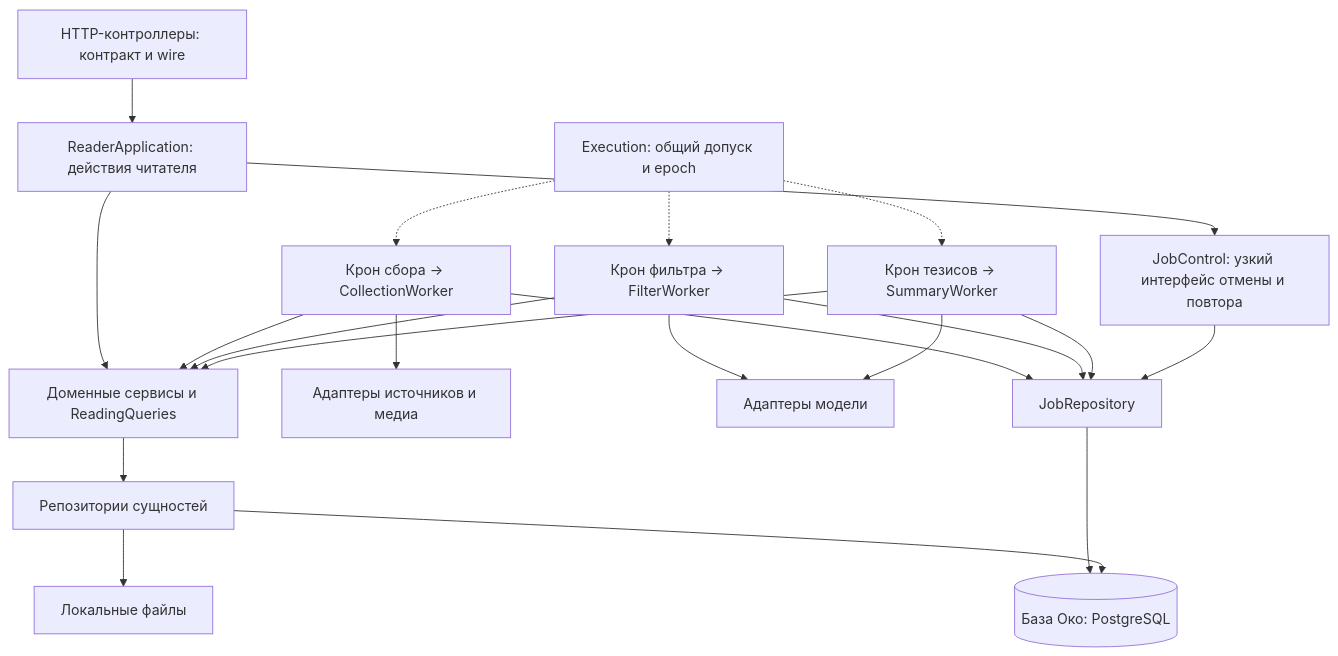
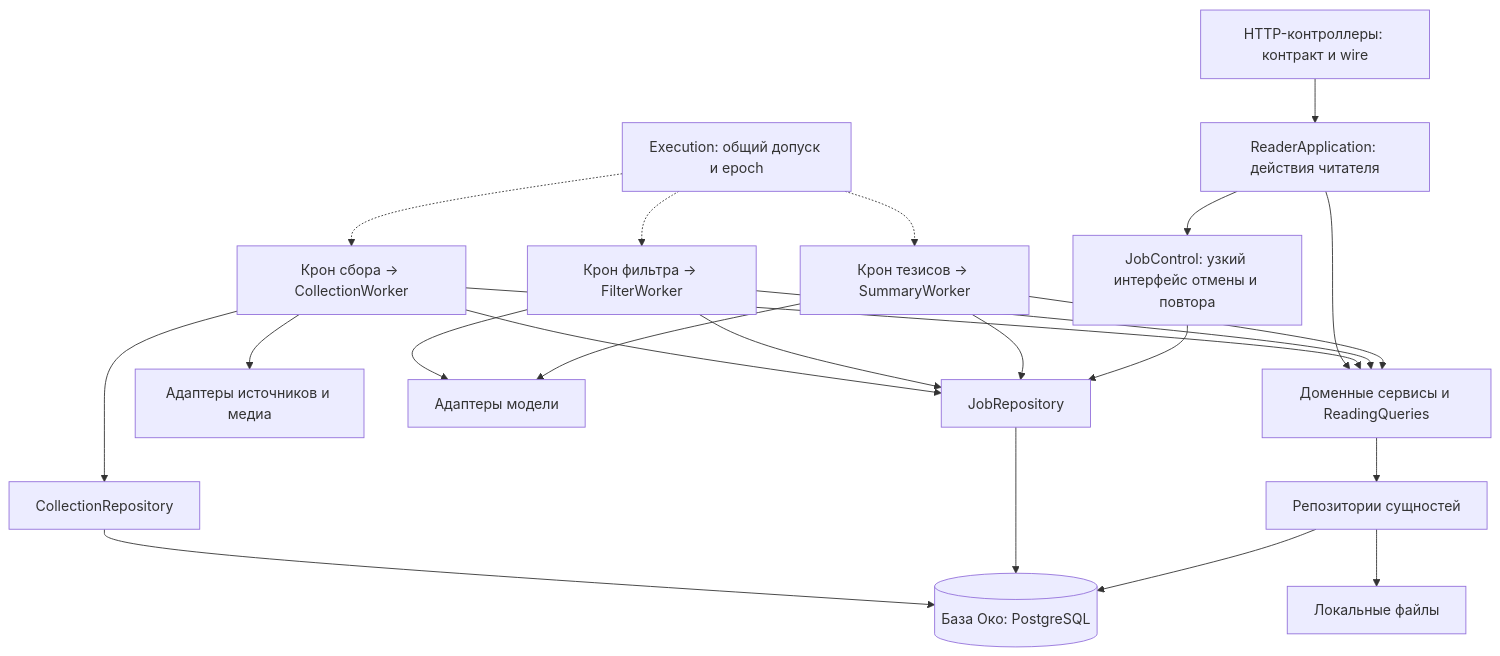
Before and after one commit to tgenman/oko: the diagram in docs/architecture/application-layers.md, drawn with Mermaid. The commit also changed other lines of this file and 33 other files, not shown here.

````diff
--- a/docs/architecture/application-layers.md
+++ b/docs/architecture/application-layers.md
@@ -6,23 +6,25 @@
 ```mermaid
 flowchart TB
     H["HTTP-контроллеры: контракт и wire"] --> A["ReaderApplication: действия читателя"]
     A --> S["Доменные сервисы и ReadingQueries"]
     A --> J["JobControl: узкий интерфейс отмены и повтора"]
     C["Крон сбора → CollectionWorker"] --> S
     F["Крон фильтра → FilterWorker"] --> S
     T["Крон тезисов → SummaryWorker"] --> S
     C --> AD["Адаптеры источников и медиа"]
     F --> AI["Адаптеры модели"]
     T --> AI
+    C --> CR["CollectionRepository"]
+    CR --> DB
     C --> JR["JobRepository"]
     F --> JR
     T --> JR
     J --> JR
     S --> R["Репозитории сущностей"]
     JR --> DB[("База Око: PostgreSQL")]
     R --> DB
     R --> FS["Локальные файлы"]
     E["Execution: общий допуск и epoch"] -.-> C
     E -.-> F
     E -.-> T
 ```
````
